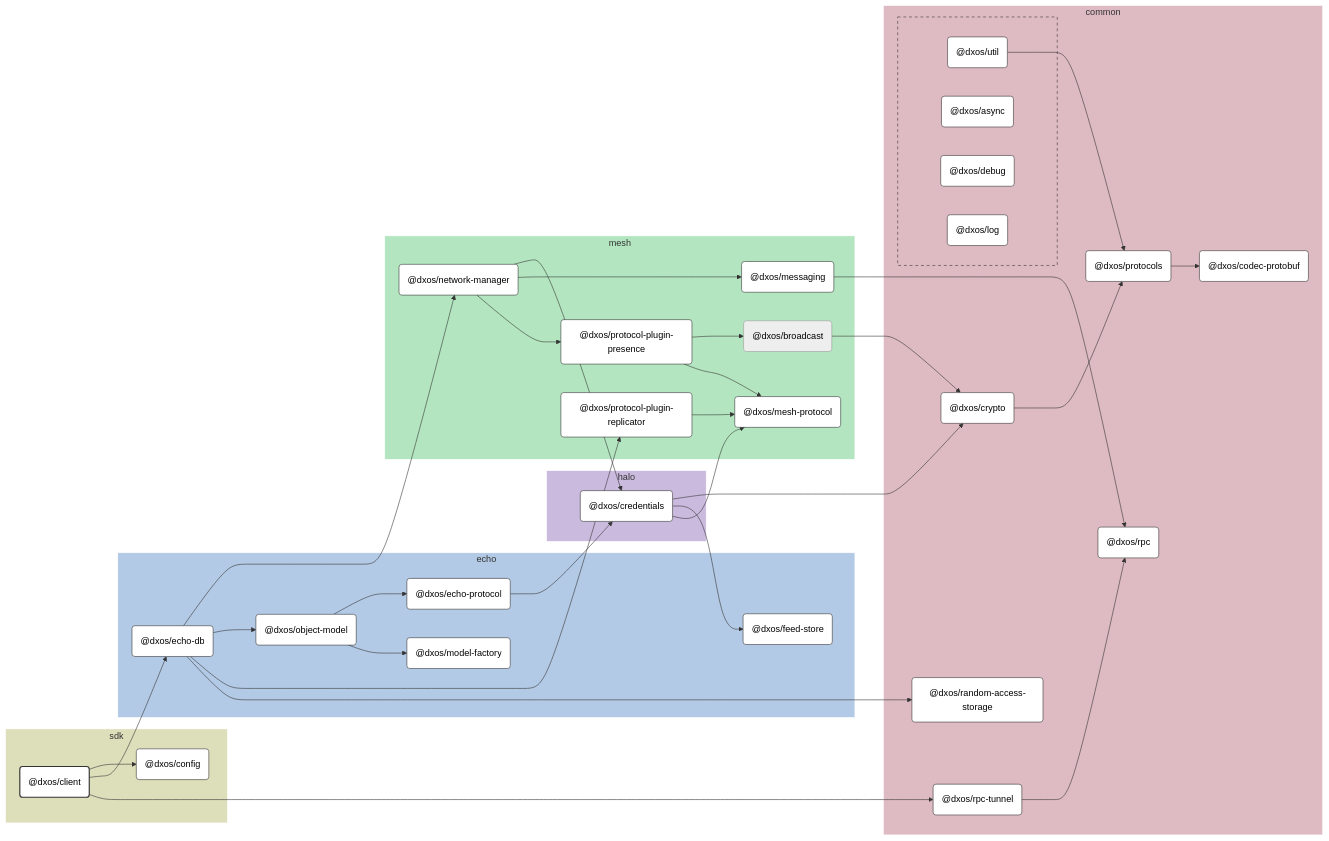
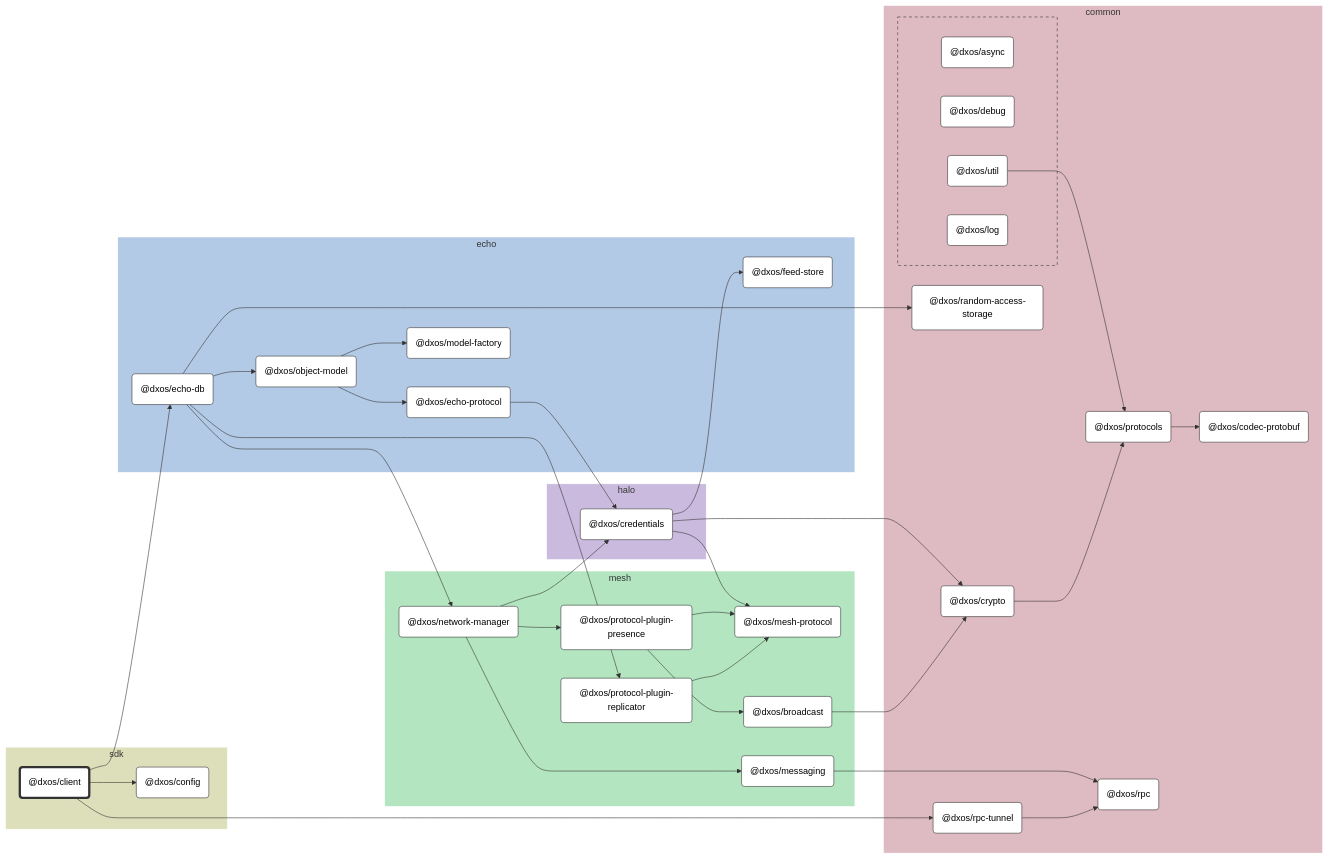
Before and after one commit to dxos/dxos: the diagram in packages/sdk/client/docs/README.md, drawn with Mermaid (neutral theme). The commit also changed other lines of this file and 104 other files, not shown here.

````diff
--- a/packages/sdk/client/docs/README.md
+++ b/packages/sdk/client/docs/README.md
@@ -9,140 +9,109 @@
 
 flowchart LR
 
-%% Links
-dxos/broadcast --> dxos/crypto;
-dxos/client --> dxos/config;
-dxos/client --> dxos/echo-db;
-dxos/client --> dxos/rpc-tunnel;
-dxos/credentials --> dxos/crypto;
-dxos/credentials --> dxos/feed-store;
-dxos/credentials --> dxos/mesh-protocol;
-dxos/crypto --> dxos/protocols;
-dxos/echo-db --> dxos/network-manager;
-dxos/echo-db --> dxos/object-model;
-dxos/echo-db --> dxos/protocol-plugin-replicator;
-dxos/echo-db --> dxos/random-access-storage;
-dxos/echo-protocol --> dxos/credentials;
-dxos/messaging --> dxos/rpc;
-dxos/network-manager --> dxos/credentials;
-dxos/network-manager --> dxos/messaging;
-dxos/network-manager --> dxos/protocol-plugin-presence;
-dxos/object-model --> dxos/echo-protocol;
-dxos/object-model --> dxos/model-factory;
-dxos/protocol-plugin-presence --> dxos/broadcast;
-dxos/protocol-plugin-presence --> dxos/mesh-protocol;
-dxos/protocol-plugin-replicator --> dxos/mesh-protocol;
-dxos/protocols --> dxos/codec-protobuf;
-dxos/rpc-tunnel --> dxos/rpc;
-dxos/util --> dxos/protocols;
+%% Classes
+classDef def fill:#fff,stroke:#333,stroke-width:1px
+classDef root fill:#fff,stroke:#333,stroke-width:4px
 
-%% Sections
-subgraph sdk
-  style sdk fill:#dddeba,stroke:#fff;
+%% Nodes
 
-  dxos/client("@dxos/client")
-  dxos/config("@dxos/config")
+subgraph sdk [sdk]
+  style sdk fill:#dddeba,stroke:#fff
+  dxos/client("@dxos/client"):::root
+  click dxos/client "dxos/dxos/tree/main/packages/sdk/client/docs"
+  dxos/config("@dxos/config"):::def
+  click dxos/config "dxos/dxos/tree/main/packages/sdk/config/docs"
 end
 
-subgraph common
-  style common fill:#debac2,stroke:#fff;
-
-  dxos/codec-protobuf("@dxos/codec-protobuf")
-  dxos/crypto("@dxos/crypto")
-  dxos/protocols("@dxos/protocols")
-  dxos/random-access-storage("@dxos/random-access-storage")
-  dxos/rpc("@dxos/rpc")
-  dxos/rpc-tunnel("@dxos/rpc-tunnel")
+subgraph common [common]
+  style common fill:#debac2,stroke:#fff
+  dxos/codec-protobuf("@dxos/codec-protobuf"):::def
+  click dxos/codec-protobuf "dxos/dxos/tree/main/packages/common/codec-protobuf/docs"
+  dxos/protocols("@dxos/protocols"):::def
+  click dxos/protocols "dxos/dxos/tree/main/packages/common/protocols/docs"
+  dxos/crypto("@dxos/crypto"):::def
+  click dxos/crypto "dxos/dxos/tree/main/packages/common/crypto/docs"
+  dxos/rpc("@dxos/rpc"):::def
+  click dxos/rpc "dxos/dxos/tree/main/packages/common/rpc/docs"
+  dxos/random-access-storage("@dxos/random-access-storage"):::def
+  click dxos/random-access-storage "dxos/dxos/tree/main/packages/common/random-access-storage/docs"
+  dxos/rpc-tunnel("@dxos/rpc-tunnel"):::def
+  click dxos/rpc-tunnel "dxos/dxos/tree/main/packages/common/rpc-tunnel/docs"
 
   subgraph common-excluded [ ]
-    style common-excluded fill:#debac2,stroke:#333,stroke-dasharray:5 5;
-
-    dxos/async("@dxos/async")
-    dxos/debug("@dxos/debug")
-    dxos/log("@dxos/log")
-    dxos/util("@dxos/util")
+    style common-excluded fill:#debac2,stroke:#333,stroke-dasharray:5 5
+    dxos/async("@dxos/async"):::def
+    click dxos/async "dxos/dxos/tree/main/packages/common/async/docs"
+    dxos/debug("@dxos/debug"):::def
+    click dxos/debug "dxos/dxos/tree/main/packages/common/debug/docs"
+    dxos/util("@dxos/util"):::def
+    click dxos/util "dxos/dxos/tree/main/packages/common/util/docs"
+    dxos/log("@dxos/log"):::def
+    click dxos/log "dxos/dxos/tree/main/packages/common/log/docs"
   end
 end
 
-subgraph echo
-  style echo fill:#b3cae6,stroke:#fff;
-
-  dxos/echo-db("@dxos/echo-db")
-  dxos/echo-protocol("@dxos/echo-protocol")
-  dxos/feed-store("@dxos/feed-store")
-  dxos/model-factory("@dxos/model-factory")
-  dxos/object-model("@dxos/object-model")
+subgraph echo [echo]
+  style echo fill:#b3cae6,stroke:#fff
+  dxos/echo-db("@dxos/echo-db"):::def
+  click dxos/echo-db "dxos/dxos/tree/main/packages/echo/echo-db/docs"
+  dxos/feed-store("@dxos/feed-store"):::def
+  click dxos/feed-store "dxos/dxos/tree/main/packages/echo/feed-store/docs"
+  dxos/echo-protocol("@dxos/echo-protocol"):::def
+  click dxos/echo-protocol "dxos/dxos/tree/main/packages/echo/echo-protocol/docs"
+  dxos/model-factory("@dxos/model-factory"):::def
+  click dxos/model-factory "dxos/dxos/tree/main/packages/echo/model-factory/docs"
+  dxos/object-model("@dxos/object-model"):::def
+  click dxos/object-model "dxos/dxos/tree/main/packages/echo/object-model/docs"
 end
 
-subgraph halo
-  style halo fill:#cabade,stroke:#fff;
-
-  dxos/credentials("@dxos/credentials")
+subgraph halo [halo]
+  style halo fill:#cabade,stroke:#fff
+  dxos/credentials("@dxos/credentials"):::def
+  click dxos/credentials "dxos/dxos/tree/main/packages/halo/credentials/docs"
 end
 
-subgraph mesh
-  style mesh fill:#b3e6c0,stroke:#fff;
-
-  dxos/broadcast("@dxos/broadcast")
-  dxos/mesh-protocol("@dxos/mesh-protocol")
-  dxos/messaging("@dxos/messaging")
-  dxos/network-manager("@dxos/network-manager")
-  dxos/protocol-plugin-presence("@dxos/protocol-plugin-presence")
-  dxos/protocol-plugin-replicator("@dxos/protocol-plugin-replicator")
+subgraph mesh [mesh]
+  style mesh fill:#b3e6c0,stroke:#fff
+  dxos/mesh-protocol("@dxos/mesh-protocol"):::def
+  click dxos/mesh-protocol "dxos/dxos/tree/main/packages/mesh/mesh-protocol/docs"
+  dxos/messaging("@dxos/messaging"):::def
+  click dxos/messaging "dxos/dxos/tree/main/packages/mesh/messaging/docs"
+  dxos/network-manager("@dxos/network-manager"):::def
+  click dxos/network-manager "dxos/dxos/tree/main/packages/mesh/network-manager/docs"
+  dxos/protocol-plugin-presence("@dxos/protocol-plugin-presence"):::def
+  click dxos/protocol-plugin-presence "dxos/dxos/tree/main/packages/mesh/protocol-plugin-presence/docs"
+  dxos/broadcast("@dxos/broadcast"):::def
+  click dxos/broadcast "dxos/dxos/tree/main/packages/mesh/broadcast/docs"
+  dxos/protocol-plugin-replicator("@dxos/protocol-plugin-replicator"):::def
+  click dxos/protocol-plugin-replicator "dxos/dxos/tree/main/packages/mesh/protocol-plugin-replicator/docs"
 end
 
-
-%% Hyperlinks
-click dxos/async "dxos/dxos/tree/main/packages/common/async/docs";
-click dxos/codec-protobuf "dxos/dxos/tree/main/packages/common/codec-protobuf/docs";
-click dxos/config "dxos/dxos/tree/main/packages/sdk/config/docs";
-click dxos/credentials "dxos/dxos/tree/main/packages/halo/credentials/docs";
-click dxos/crypto "dxos/dxos/tree/main/packages/common/crypto/docs";
-click dxos/debug "dxos/dxos/tree/main/packages/common/debug/docs";
-click dxos/echo-db "dxos/dxos/tree/main/packages/echo/echo-db/docs";
-click dxos/echo-protocol "dxos/dxos/tree/main/packages/echo/echo-protocol/docs";
-click dxos/feed-store "dxos/dxos/tree/main/packages/echo/feed-store/docs";
-click dxos/log "dxos/dxos/tree/main/packages/common/log/docs";
-click dxos/mesh-protocol "dxos/dxos/tree/main/packages/mesh/mesh-protocol/docs";
-click dxos/messaging "dxos/dxos/tree/main/packages/mesh/messaging/docs";
-click dxos/model-factory "dxos/dxos/tree/main/packages/echo/model-factory/docs";
-click dxos/network-manager "dxos/dxos/tree/main/packages/mesh/network-manager/docs";
-click dxos/object-model "dxos/dxos/tree/main/packages/echo/object-model/docs";
-click dxos/protocol-plugin-presence "dxos/dxos/tree/main/packages/mesh/protocol-plugin-presence/docs";
-click dxos/protocol-plugin-replicator "dxos/dxos/tree/main/packages/mesh/protocol-plugin-replicator/docs";
-click dxos/protocols "dxos/dxos/tree/main/packages/common/protocols/docs";
-click dxos/random-access-storage "dxos/dxos/tree/main/packages/common/random-access-storage/docs";
-click dxos/rpc "dxos/dxos/tree/main/packages/common/rpc/docs";
-click dxos/rpc-tunnel "dxos/dxos/tree/main/packages/common/rpc-tunnel/docs";
-click dxos/util "dxos/dxos/tree/main/packages/common/util/docs";
-
-%% Styles
-classDef rootNode fill:#fff,stroke:#333,stroke-width:2px
-classDef defaultNode fill:#fff,stroke:#333,stroke-width:1px
+%% Links
 linkStyle default stroke:#333,stroke-width:1px
-
-dxos/client:::rootNode
-
-dxos/async:::defaultNode
-dxos/codec-protobuf:::defaultNode
-dxos/config:::defaultNode
-dxos/credentials:::defaultNode
-dxos/crypto:::defaultNode
-dxos/debug:::defaultNode
-dxos/echo-db:::defaultNode
-dxos/echo-protocol:::defaultNode
-dxos/feed-store:::defaultNode
-dxos/log:::defaultNode
-dxos/mesh-protocol:::defaultNode
-dxos/messaging:::defaultNode
-dxos/model-factory:::defaultNode
-dxos/network-manager:::defaultNode
-dxos/object-model:::defaultNode
-dxos/protocol-plugin-presence:::defaultNode
-dxos/protocol-plugin-replicator:::defaultNode
-dxos/protocols:::defaultNode
-dxos/random-access-storage:::defaultNode
-dxos/rpc:::defaultNode
-dxos/rpc-tunnel:::defaultNode
-dxos/util:::defaultNode
+dxos/client --> dxos/config
+dxos/protocols --> dxos/codec-protobuf
+dxos/util --> dxos/protocols
+dxos/client --> dxos/echo-db
+dxos/credentials --> dxos/crypto
+dxos/crypto --> dxos/protocols
+dxos/credentials --> dxos/feed-store
+dxos/credentials --> dxos/mesh-protocol
+dxos/echo-protocol --> dxos/credentials
+dxos/messaging --> dxos/rpc
+dxos/echo-db --> dxos/network-manager
+dxos/network-manager --> dxos/credentials
+dxos/network-manager --> dxos/messaging
+dxos/network-manager --> dxos/protocol-plugin-presence
+dxos/protocol-plugin-presence --> dxos/broadcast
+dxos/broadcast --> dxos/crypto
+dxos/protocol-plugin-presence --> dxos/mesh-protocol
+dxos/echo-db --> dxos/object-model
+dxos/object-model --> dxos/echo-protocol
+dxos/object-model --> dxos/model-factory
+dxos/echo-db --> dxos/protocol-plugin-replicator
+dxos/protocol-plugin-replicator --> dxos/mesh-protocol
+dxos/echo-db --> dxos/random-access-storage
+dxos/client --> dxos/rpc-tunnel
+dxos/rpc-tunnel --> dxos/rpc
 ```
````
